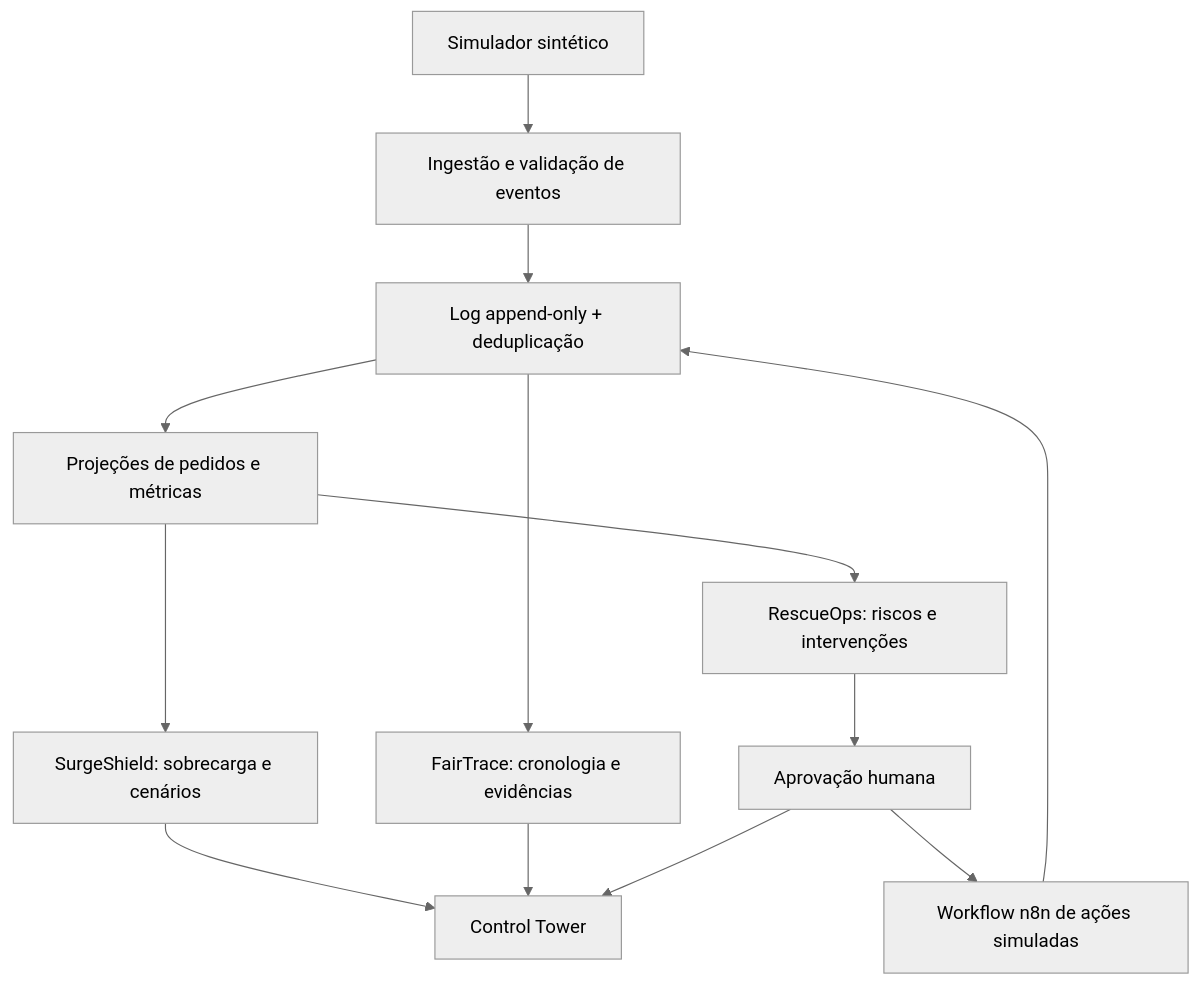
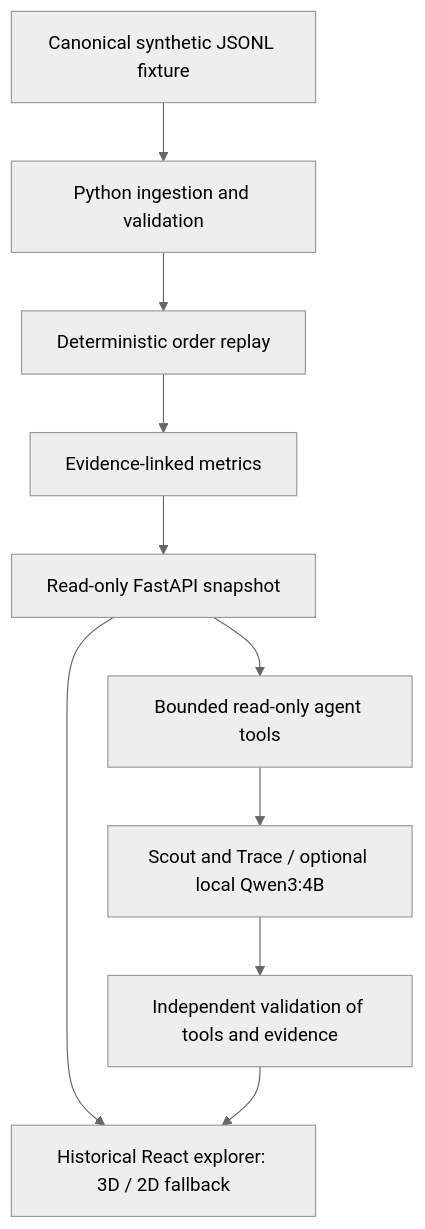
The second of 3 diagrams in docs/ARCHITECTURE.md (Camper-Lingo/RescueOS), drawn with Mermaid (neutral theme) before and after one commit. The commit also changed other lines of this file and 13 other files, not shown here.

````diff
--- a/docs/ARCHITECTURE.md
+++ b/docs/ARCHITECTURE.md
@@ -7,15 +23,12 @@
 ```mermaid
 flowchart TD
-  S[Simulador sintético] --> E[Ingestão e validação de eventos]
-  E --> L[Log append-only + deduplicação]
-  L --> P[Projeções de pedidos e métricas]
-  P --> U[SurgeShield: sobrecarga e cenários]
-  P --> R[RescueOps: riscos e intervenções]
-  L --> F[FairTrace: cronologia e evidências]
-  U --> H[Control Tower]
-  R --> A[Aprovação humana]
-  A --> W[Workflow n8n de ações simuladas]
-  W --> L
-  F --> H
-  A --> H
+    J[Canonical synthetic JSONL fixture] --> I[Python ingestion and validation]
+    I --> R[Deterministic order replay]
+    R --> M[Evidence-linked metrics]
+    M --> A[Read-only FastAPI snapshot]
+    A --> H[Historical React explorer: 3D / 2D fallback]
+    A --> T[Bounded read-only agent tools]
+    T --> G[Scout and Trace / optional local Qwen3:4B]
+    G --> V[Independent validation of tools and evidence]
+    V --> H
 ```
````
